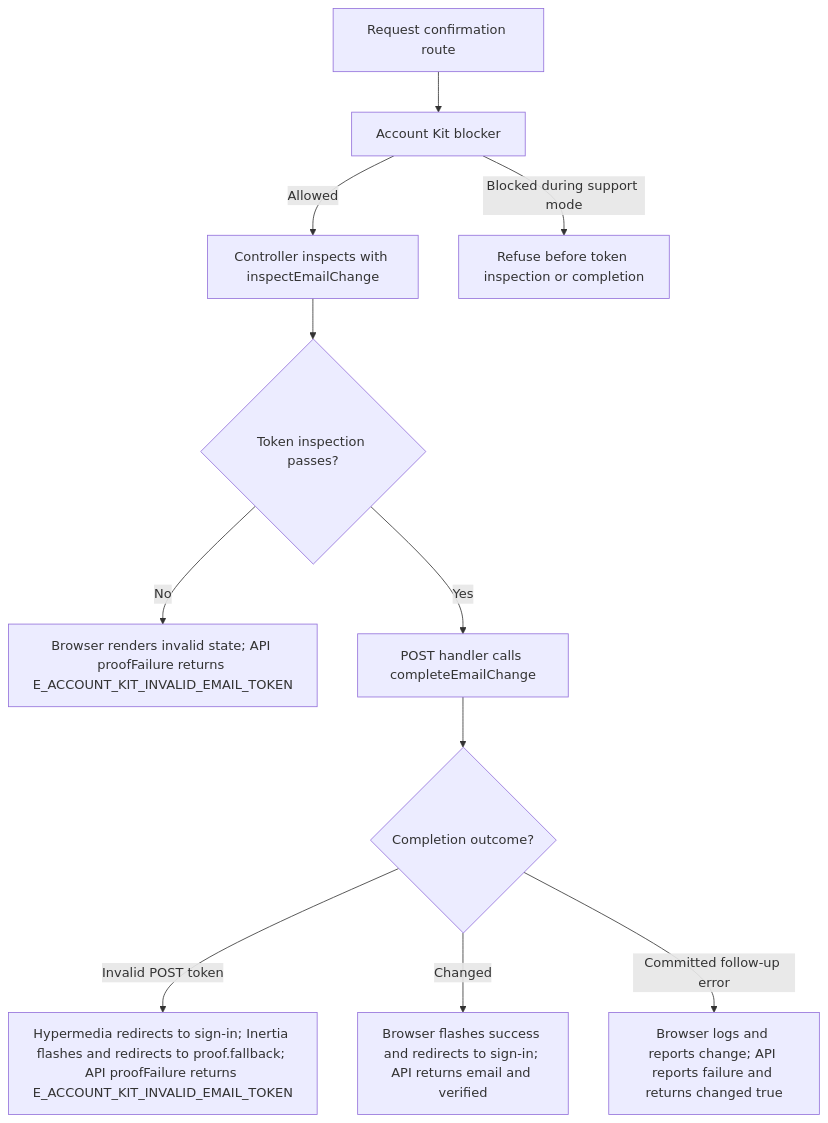
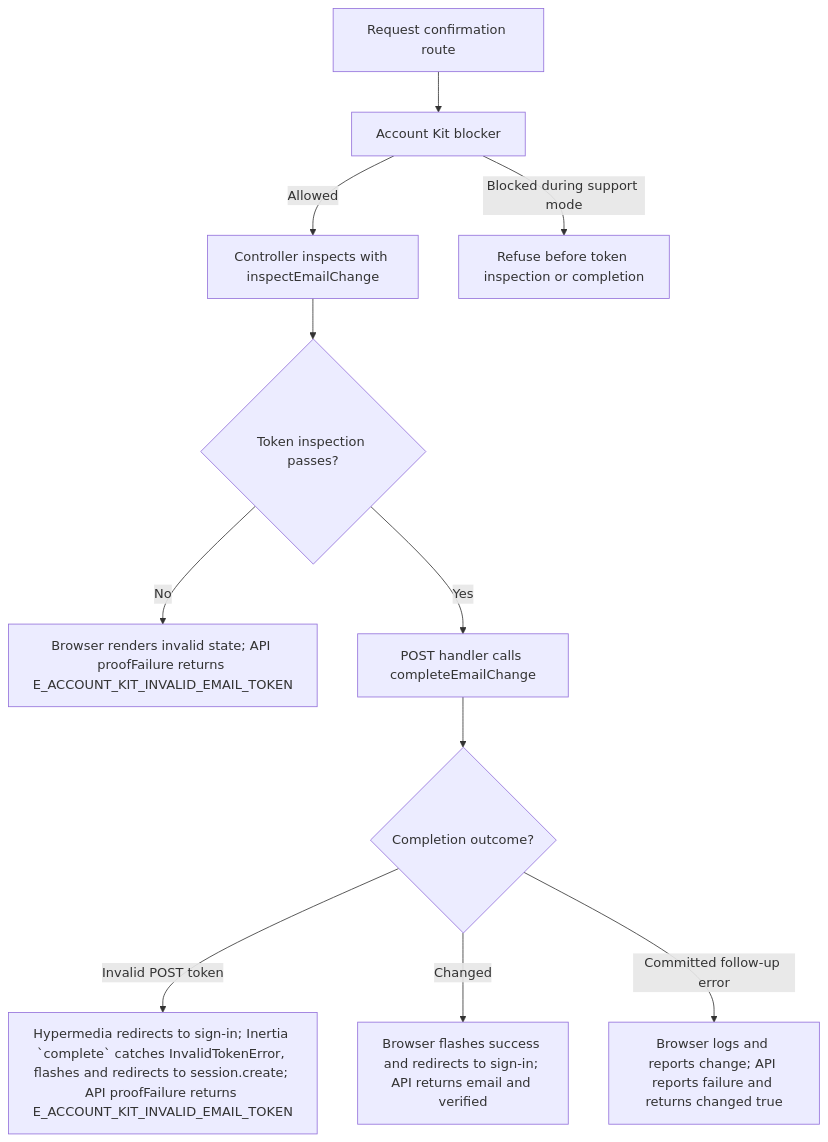
The second of 2 diagrams in user-stories/accounts/us-account-07-confirm-email-change.md (Kevinjohn/oss-adonisjs-starter-examples), drawn with Mermaid before and after one commit. The commit also changed other lines of this file and 10 other files, not shown here.

````diff
--- a/user-stories/accounts/us-account-07-confirm-email-change.md
+++ b/user-stories/accounts/us-account-07-confirm-email-change.md
@@ -45,13 +45,13 @@
 ```mermaid
 flowchart TD
     A["Request confirmation route"] --> Z["Account Kit blocker"]
     Z -->|Allowed| B["Controller inspects with inspectEmailChange"]
     Z -->|Blocked during support mode| Z1["Refuse before token inspection or completion"]
     B --> C{"Token inspection passes?"}
     C -->|No| D["Browser renders invalid state; API proofFailure returns E_ACCOUNT_KIT_INVALID_EMAIL_TOKEN"]
     C -->|Yes| E["POST handler calls completeEmailChange"]
     E --> F{"Completion outcome?"}
-    F -->|Invalid POST token| J["Hypermedia redirects to sign-in; Inertia flashes and redirects to proof.fallback; API proofFailure returns E_ACCOUNT_KIT_INVALID_EMAIL_TOKEN"]
+    F -->|Invalid POST token| J["Hypermedia redirects to sign-in; Inertia `complete` catches InvalidTokenError, flashes and redirects to session.create; API proofFailure returns E_ACCOUNT_KIT_INVALID_EMAIL_TOKEN"]
     F -->|Changed| G["Browser flashes success and redirects to sign-in; API returns email and verified"]
     F -->|Committed follow-up error| H["Browser logs and reports change; API reports failure and returns changed true"]
 ```
````
